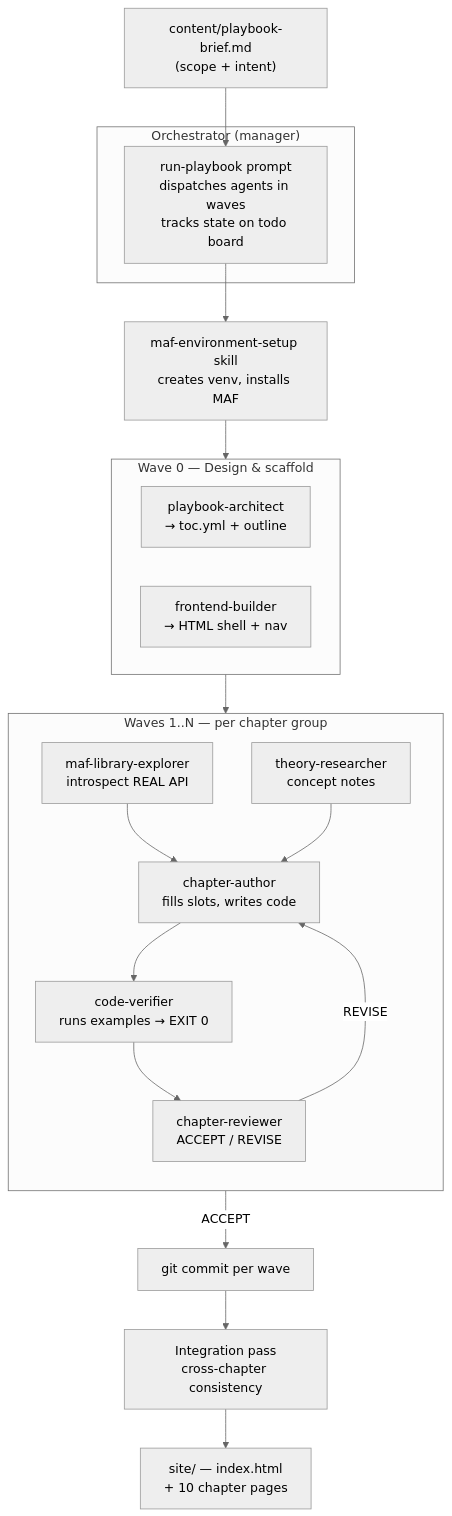
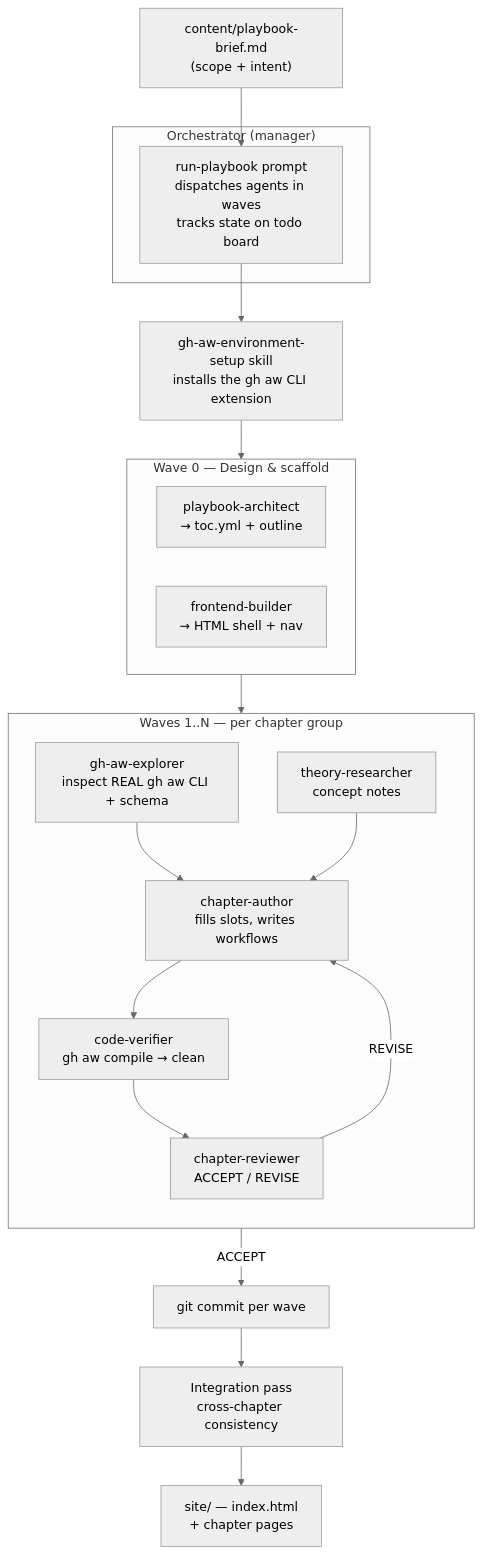
The diagram in README.md (webmaxru/github-agentic-workflows-book), drawn with Mermaid (neutral theme) before and after one commit. The commit also changed other lines of this file and 57 other files, not shown here.

````diff
--- a/README.md
+++ b/README.md
@@ -80,36 +85,36 @@
 ```mermaid
 flowchart TD
     Brief["content/playbook-brief.md<br/>(scope + intent)"] --> Orchestrator
 
     subgraph Driver["Orchestrator (manager)"]
         Orchestrator["run-playbook prompt<br/>dispatches agents in waves<br/>tracks state on todo board"]
     end
 
-    Orchestrator --> Env["maf-environment-setup skill<br/>creates venv, installs MAF"]
+    Orchestrator --> Env["gh-aw-environment-setup skill<br/>installs the gh aw CLI extension"]
 
     subgraph Wave0["Wave 0 — Design & scaffold"]
         Architect["playbook-architect<br/>→ toc.yml + outline"]
         Frontend["frontend-builder<br/>→ HTML shell + nav"]
     end
 
     subgraph WaveN["Waves 1..N — per chapter group"]
         direction TB
-        Explorer["maf-library-explorer<br/>introspect REAL API"]
+        Explorer["gh-aw-explorer<br/>inspect REAL gh aw CLI + schema"]
         Theory["theory-researcher<br/>concept notes"]
-        Author["chapter-author<br/>fills slots, writes code"]
-        Verifier["code-verifier<br/>runs examples → EXIT 0"]
+        Author["chapter-author<br/>fills slots, writes workflows"]
+        Verifier["code-verifier<br/>gh aw compile → clean"]
         Reviewer["chapter-reviewer<br/>ACCEPT / REVISE"]
 
         Explorer --> Author
         Theory --> Author
         Author --> Verifier
         Verifier --> Reviewer
         Reviewer -- "REVISE" --> Author
     end
 
     Env --> Wave0
     Wave0 --> WaveN
     WaveN -- "ACCEPT" --> Commit["git commit per wave"]
     Commit --> Integration["Integration pass<br/>cross-chapter consistency"]
-    Integration --> Site["site/ — index.html<br/>+ 10 chapter pages"]
+    Integration --> Site["site/ — index.html<br/>+ chapter pages"]
 ```
````
